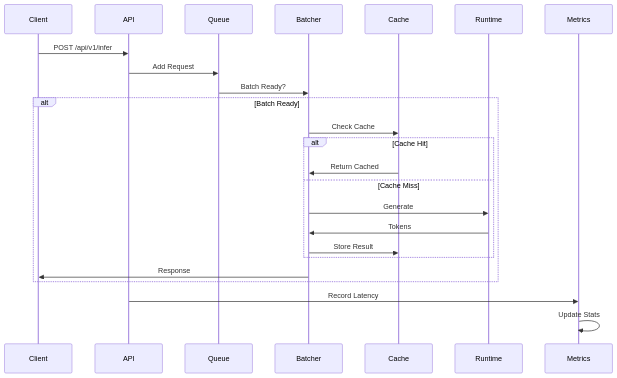
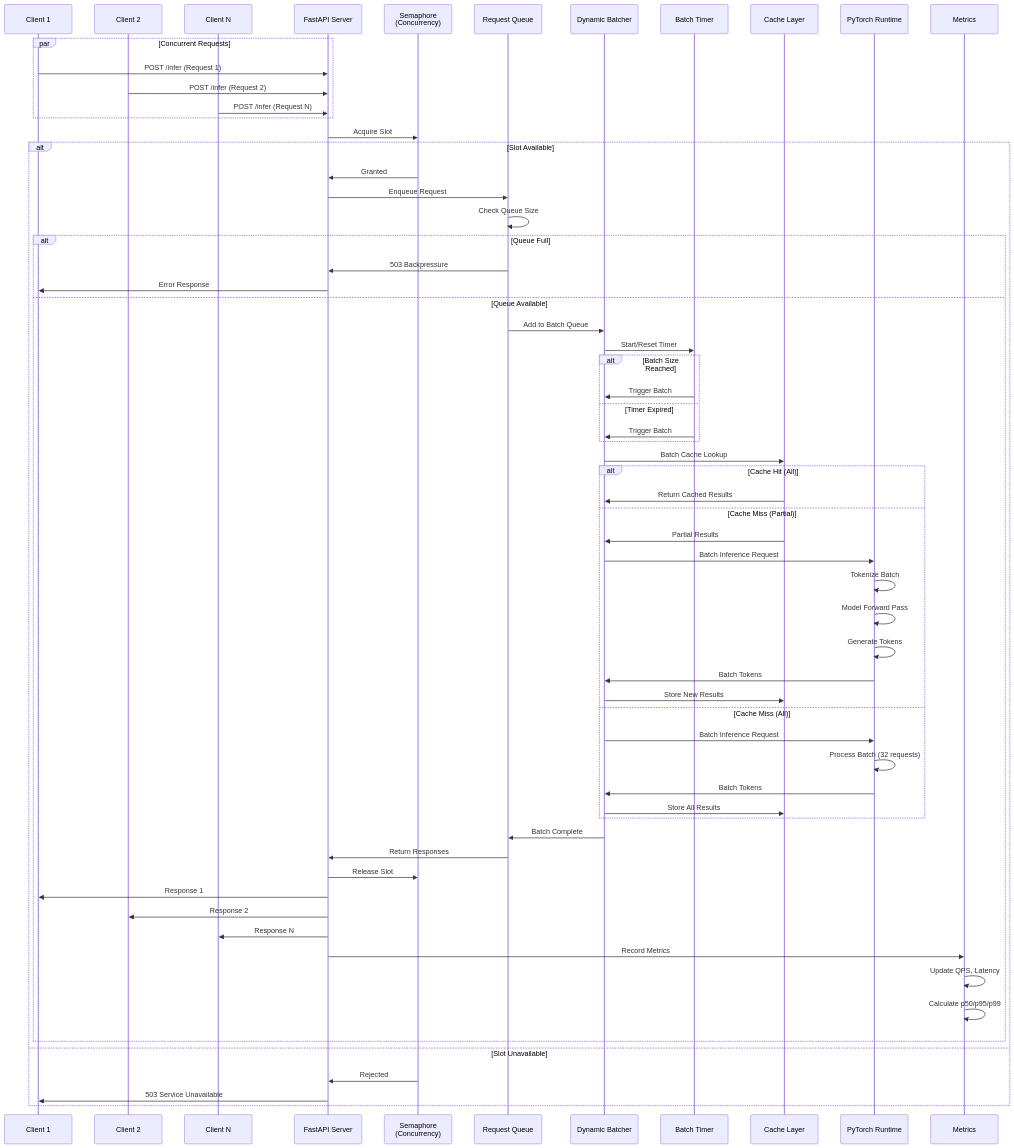
One commit to Amankhan2370/high-throughput-llm-serving changed the second of 3 diagrams in README.md. Above: the diagram before and after it, drawn with Mermaid. The commit also changed other lines of this file, not shown here.

Commit message:
Update Request Flow diagram to show dynamic batching, concurrency limits, and batch processing

````diff
--- a/README.md
+++ b/README.md
@@ -78,29 +78,73 @@
 ```mermaid
 sequenceDiagram
-    participant Client
-    participant API
-    participant Queue
-    participant Batcher
-    participant Cache
-    participant Runtime
-    participant Metrics
+    participant C1 as Client 1
+    participant C2 as Client 2
+    participant C3 as Client N
+    participant API as FastAPI Server
+    participant Sem as Semaphore<br/>(Concurrency)
+    participant Q as Request Queue
+    participant B as Dynamic Batcher
+    participant T as Batch Timer
+    participant Cache as Cache Layer
+    participant RT as PyTorch Runtime
+    participant M as Metrics
     
-    Client->>API: POST /api/v1/infer
-    API->>Queue: Add Request
-    Queue->>Batcher: Batch Ready?
-    
-    alt Batch Ready
-        Batcher->>Cache: Check Cache
-        alt Cache Hit
-            Cache->>Batcher: Return Cached
-        else Cache Miss
-            Batcher->>Runtime: Generate
-            Runtime->>Batcher: Tokens
-            Batcher->>Cache: Store Result
-        end
-        Batcher->>Client: Response
+    par Concurrent Requests
+        C1->>API: POST /infer (Request 1)
+        C2->>API: POST /infer (Request 2)
+        C3->>API: POST /infer (Request N)
     end
     
-    API->>Metrics: Record Latency
-    Metrics->>Metrics: Update Stats
+    API->>Sem: Acquire Slot
+    alt Slot Available
+        Sem->>API: Granted
+        API->>Q: Enqueue Request
+        Q->>Q: Check Queue Size
+        
+        alt Queue Full
+            Q->>API: 503 Backpressure
+            API->>C1: Error Response
+        else Queue Available
+            Q->>B: Add to Batch Queue
+            B->>T: Start/Reset Timer
+            
+            alt Batch Size Reached
+                T->>B: Trigger Batch
+            else Timer Expired
+                T->>B: Trigger Batch
+            end
+            
+            B->>Cache: Batch Cache Lookup
+            alt Cache Hit (All)
+                Cache->>B: Return Cached Results
+            else Cache Miss (Partial)
+                Cache->>B: Partial Results
+                B->>RT: Batch Inference Request
+                RT->>RT: Tokenize Batch
+                RT->>RT: Model Forward Pass
+                RT->>RT: Generate Tokens
+                RT->>B: Batch Tokens
+                B->>Cache: Store New Results
+            else Cache Miss (All)
+                B->>RT: Batch Inference Request
+                RT->>RT: Process Batch (32 requests)
+                RT->>B: Batch Tokens
+                B->>Cache: Store All Results
+            end
+            
+            B->>Q: Batch Complete
+            Q->>API: Return Responses
+            API->>Sem: Release Slot
+            API->>C1: Response 1
+            API->>C2: Response 2
+            API->>C3: Response N
+            
+            API->>M: Record Metrics
+            M->>M: Update QPS, Latency
+            M->>M: Calculate p50/p95/p99
+        end
+    else Slot Unavailable
+        Sem->>API: Rejected
+        API->>C1: 503 Service Unavailable
+    end
 ```
````
